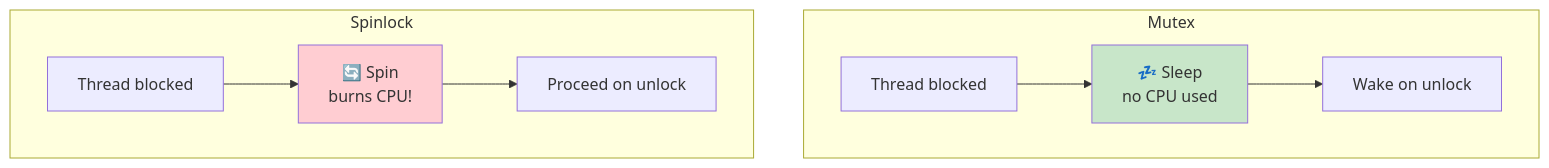
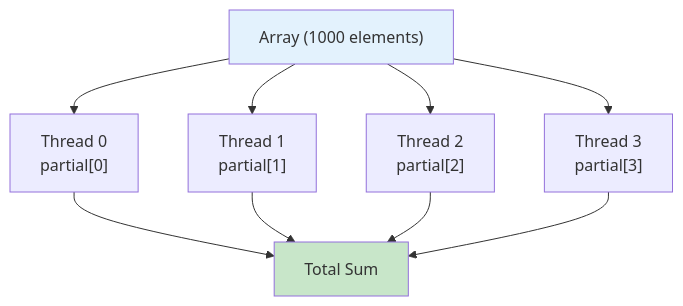
One commit to Ji-yak/2026-lecture-operating-system changed the second of 3 diagrams in lectures/week04/2_lab/lab_en.md. Above: the diagram before and after it, drawn with Mermaid. The commit also changed other lines of this file and 27 other files, not shown here.

````diff
--- a/lectures/week04/2_lab/lab_en.md
+++ b/lectures/week04/2_lab/lab_en.md
@@ -175,13 +124,13 @@
 ```mermaid
 graph TD
-    subgraph "Mutex"
-        M1["Thread blocked"] --> M2["💤 Sleep<br/>no CPU used"]
-        M2 --> M3["Wake on unlock"]
-    end
-    subgraph "Spinlock"
-        S1["Thread blocked"] --> S2["🔄 Spin<br/>burns CPU!"]
-        S2 --> S3["Proceed on unlock"]
-    end
-    style M2 fill:#c8e6c9
-    style S2 fill:#ffcdd2
+    A["Array (1000 elements)"] --> C0["Thread 0<br/>partial[0]"]
+    A --> C1["Thread 1<br/>partial[1]"]
+    A --> C2["Thread 2<br/>partial[2]"]
+    A --> C3["Thread 3<br/>partial[3]"]
+    C0 --> T["Total Sum"]
+    C1 --> T
+    C2 --> T
+    C3 --> T
+    style A fill:#e3f2fd
+    style T fill:#c8e6c9
 ```
````
